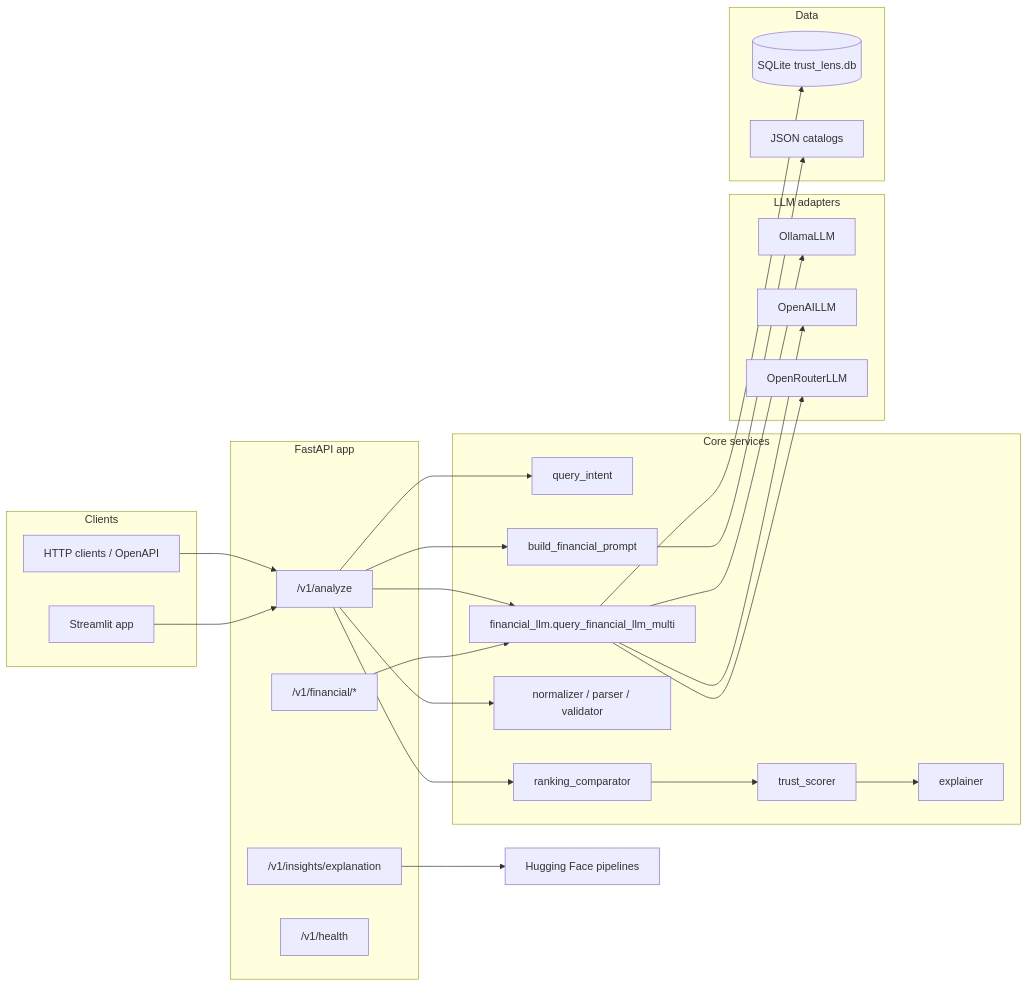
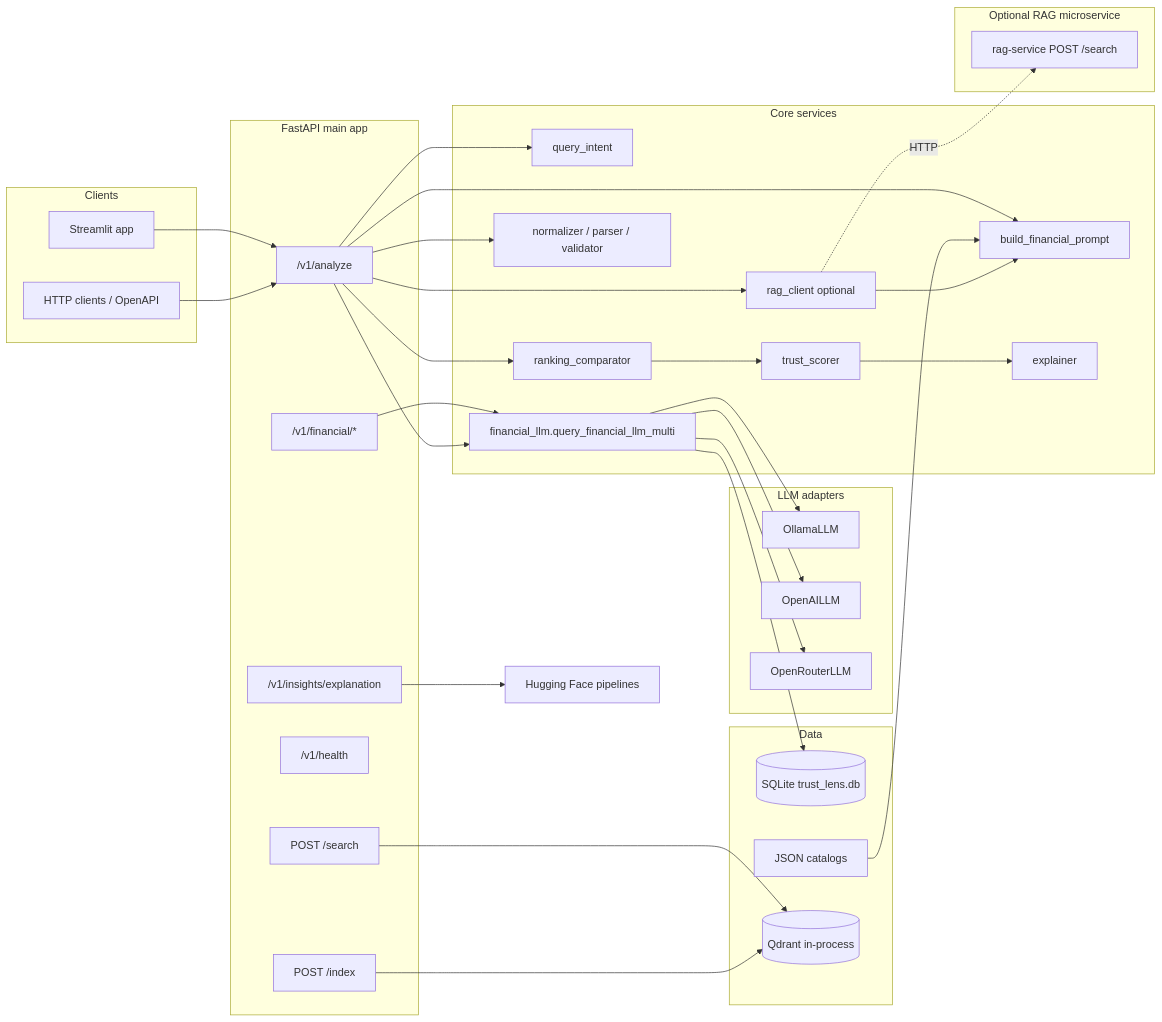
One commit to js731981/trustlens-ai changed the diagram in PROJECTOVERVIEW.md. Above: the diagram before and after it, drawn with Mermaid. The commit also changed other lines of this file and 37 other files, not shown here.

Commit message:
feat: build microservice-based AI system with RAG, trust scoring, and UI dashboard

````diff
--- a/PROJECTOVERVIEW.md
+++ b/PROJECTOVERVIEW.md
@@ -13,47 +13,59 @@
 ```mermaid
 flowchart LR
   subgraph clients [Clients]
     HTTP[HTTP clients / OpenAPI]
     ST[Streamlit app]
   end
-  subgraph api [FastAPI app]
+  subgraph api [FastAPI main app]
     RAnalyze["/v1/analyze"]
     RFin["/v1/financial/*"]
     RInsights["/v1/insights/explanation"]
     RHealth["/v1/health"]
+    RIndex["POST /index"]
+    RSearch["POST /search"]
   end
   subgraph core [Core services]
     Intent[query_intent]
+    RagClient[rag_client optional]
     Prompt[build_financial_prompt]
     LLMRun[financial_llm.query_financial_llm_multi]
     Parse[normalizer / parser / validator]
     Compare[ranking_comparator]
     Trust[trust_scorer]
     Explain[explainer]
   end
   subgraph llm [LLM adapters]
     Ollama[OllamaLLM]
     OpenAI[OpenAILLM]
     OpenRouter[OpenRouterLLM]
   end
   subgraph data [Data]
     SQLite[(SQLite trust_lens.db)]
     Catalog[JSON catalogs]
+    QdrantAPI[(Qdrant in-process)]
+  end
+  subgraph ragopt [Optional RAG microservice]
+    RagSvc[rag-service POST /search]
   end
   HTTP --> RAnalyze
   ST --> RAnalyze
   RAnalyze --> Intent
+  RAnalyze --> RagClient
+  RagClient -.->|HTTP| RagSvc
+  RagClient --> Prompt
+  Catalog --> Prompt
   RAnalyze --> Prompt
   RAnalyze --> LLMRun
   LLMRun --> Ollama
   LLMRun --> OpenAI
   LLMRun --> OpenRouter
   LLMRun --> SQLite
-  Prompt --> Catalog
+  RIndex --> QdrantAPI
+  RSearch --> QdrantAPI
   RAnalyze --> Parse
   RAnalyze --> Compare
   Compare --> Trust
   Trust --> Explain
   RFin --> LLMRun
   RInsights --> NLP[Hugging Face pipelines]
 ```
````
